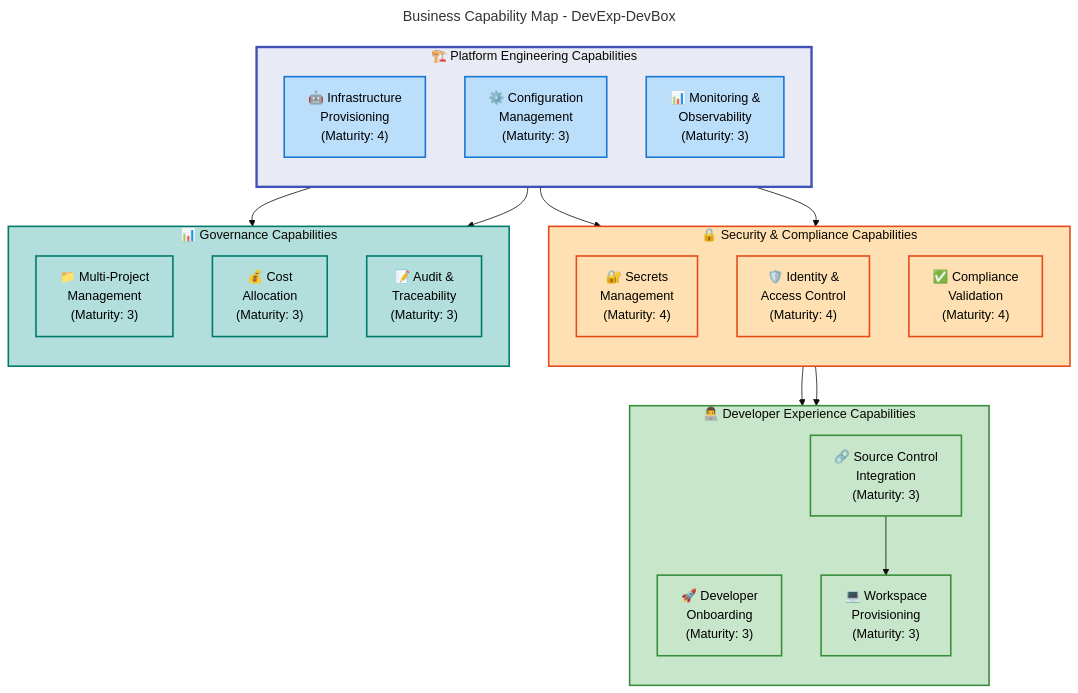
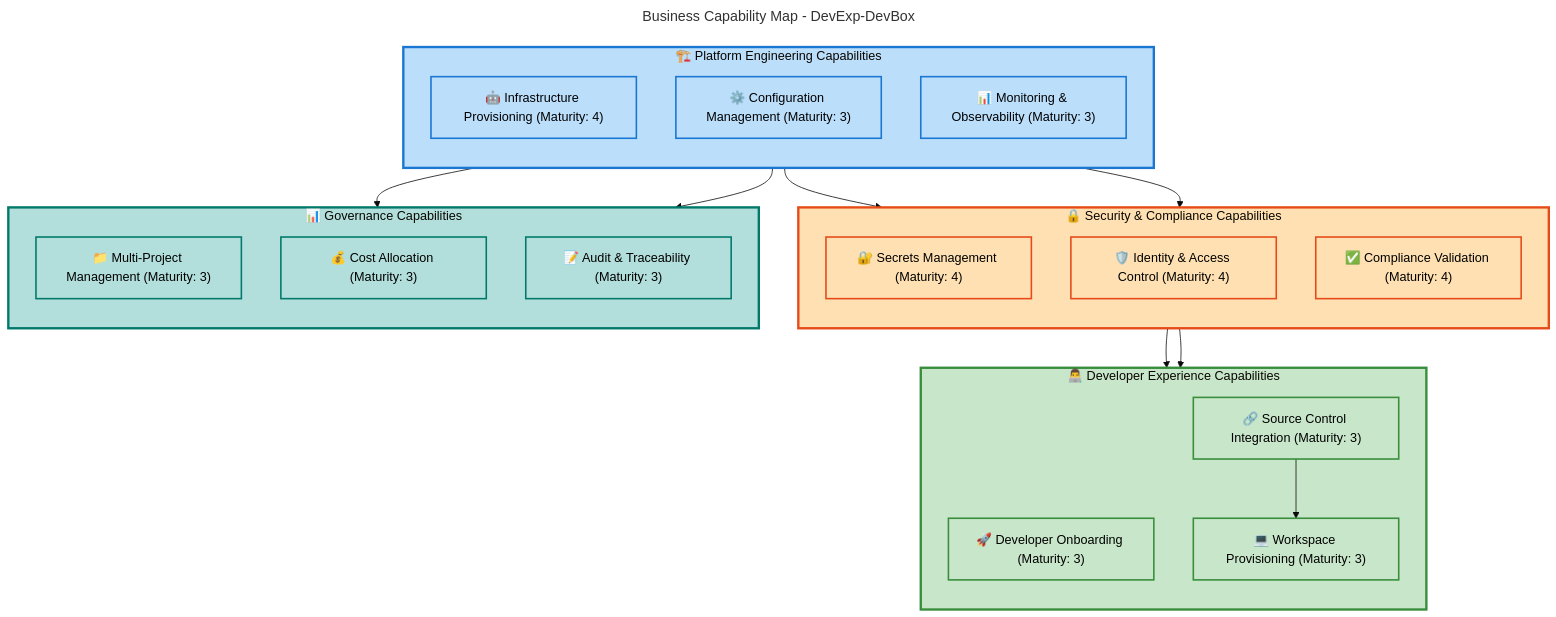
One commit to Evilazaro/DevExp-DevBox changed the second of 5 diagrams in docs/Business-Architecture-BDAT.md. Above: the diagram before and after it, drawn with Mermaid. The commit also changed other lines of this file, not shown here.

Commit message:
Refine Business Architecture Document flowcharts with updated color schemes and improved accessibility for enhanced clarity and visual consistency

````diff
--- a/docs/Business-Architecture-BDAT.md
+++ b/docs/Business-Architecture-BDAT.md
@@ -302,61 +309,66 @@
 ```mermaid
 ---
 title: Business Capability Map - DevExp-DevBox
 config:
   theme: base
   flowchart:
     htmlLabels: false
 ---
 flowchart TB
     accTitle: Business Capability Map showing hierarchical capabilities
     accDescr: Structured view of core business capabilities organized by functional domain
 
-    %% Color scheme
+    %% STANDARD COLOR SCHEME v2.1 - Material Design 3
+    %% Hierarchical Colors (Structural Nesting)
     classDef level1Group fill:#E8EAF6,stroke:#3F51B5,stroke-width:3px,color:#000
     classDef level2Group fill:#C5CAE9,stroke:#3F51B5,stroke-width:2px,color:#000
+
+    %% Semantic Colors (Functional Content - 100-level shades)
     classDef mdBlue fill:#BBDEFB,stroke:#1976D2,stroke-width:2px,color:#000
     classDef mdGreen fill:#C8E6C9,stroke:#388E3C,stroke-width:2px,color:#000
     classDef mdOrange fill:#FFE0B2,stroke:#E64A19,stroke-width:2px,color:#000
     classDef mdTeal fill:#B2DFDB,stroke:#00796B,stroke-width:2px,color:#000
 
     subgraph platform["🏗️ Platform Engineering Capabilities"]
         direction TB
-        infra["🤖 Infrastructure<br/>Provisioning<br/>(Maturity: 4)"]:::mdBlue
-        config["⚙️ Configuration<br/>Management<br/>(Maturity: 3)"]:::mdBlue
-        monitor["📊 Monitoring &<br/>Observability<br/>(Maturity: 3)"]:::mdBlue
+        infra["🤖 Infrastructure Provisioning (Maturity: 4)"]:::mdBlue
+        config["⚙️ Configuration Management (Maturity: 3)"]:::mdBlue
+        monitor["📊 Monitoring & Observability (Maturity: 3)"]:::mdBlue
     end
 
     subgraph security["🔒 Security & Compliance Capabilities"]
         direction TB
-        secrets["🔐 Secrets<br/>Management<br/>(Maturity: 4)"]:::mdOrange
-        rbac["🛡️ Identity &<br/>Access Control<br/>(Maturity: 4)"]:::mdOrange
-        compliance["✅ Compliance<br/>Validation<br/>(Maturity: 4)"]:::mdOrange
+        secrets["🔐 Secrets Management (Maturity: 4)"]:::mdOrange
+        rbac["🛡️ Identity & Access Control (Maturity: 4)"]:::mdOrange
+        compliance["✅ Compliance Validation (Maturity: 4)"]:::mdOrange
     end
 
     subgraph developer["👨‍💻 Developer Experience Capabilities"]
         direction TB
-        onboard["🚀 Developer<br/>Onboarding<br/>(Maturity: 3)"]:::mdGreen
-        source["🔗 Source Control<br/>Integration<br/>(Maturity: 3)"]:::mdGreen
-        workspace["💻 Workspace<br/>Provisioning<br/>(Maturity: 3)"]:::mdGreen
+        onboard["🚀 Developer Onboarding (Maturity: 3)"]:::mdGreen
+        source["🔗 Source Control Integration (Maturity: 3)"]:::mdGreen
+        workspace["💻 Workspace Provisioning (Maturity: 3)"]:::mdGreen
     end
 
     subgraph governance["📊 Governance Capabilities"]
         direction TB
-        multi["📁 Multi-Project<br/>Management<br/>(Maturity: 3)"]:::mdTeal
-        cost["💰 Cost<br/>Allocation<br/>(Maturity: 3)"]:::mdTeal
-        audit["📝 Audit &<br/>Traceability<br/>(Maturity: 3)"]:::mdTeal
+        multi["📁 Multi-Project Management (Maturity: 3)"]:::mdTeal
+        cost["💰 Cost Allocation (Maturity: 3)"]:::mdTeal
+        audit["📝 Audit & Traceability (Maturity: 3)"]:::mdTeal
     end
 
     infra --> secrets
     infra --> rbac
     config --> multi
     secrets --> onboard
     rbac --> workspace
     monitor --> audit
     source --> workspace
 
-    style platform fill:#E8EAF6,stroke:#3F51B5,stroke-width:3px
-    style security fill:#FFE0B2,stroke:#E64A19,stroke-width:2px
-    style developer fill:#C8E6C9,stroke:#388E3C,stroke-width:2px
-    style governance fill:#B2DFDB,stroke:#00796B,stroke-width:2px
+    style platform fill:#BBDEFB,stroke:#1976D2,stroke-width:3px
+    style security fill:#FFE0B2,stroke:#E64A19,stroke-width:3px
+    style developer fill:#C8E6C9,stroke:#388E3C,stroke-width:3px
+    style governance fill:#B2DFDB,stroke:#00796B,stroke-width:3px
+
+    %% Accessibility: WCAG AA verified (4.5:1 contrast ratio)
 ```
````
